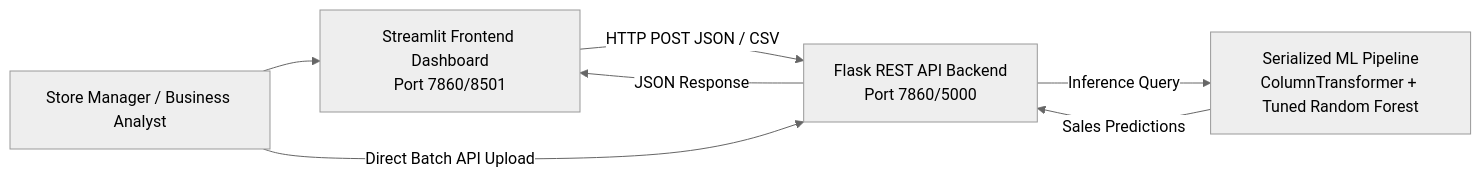
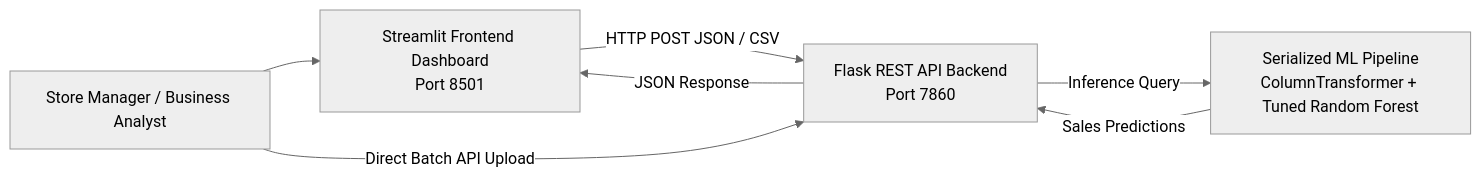
One commit to shivam777ie/SuperKart-Forecasting-Project changed the diagram in README.md. Above: the diagram before and after it, drawn with Mermaid (neutral theme). The commit also changed other lines of this file and 2 other files, not shown here.

````diff
--- a/README.md
+++ b/README.md
@@ -28,9 +104,9 @@
 ```mermaid
 graph LR
-    User[Store Manager / Business Analyst] --> Streamlit[Streamlit Frontend Dashboard<br>Port 7860/8501]
-    Streamlit -->|HTTP POST JSON / CSV| Flask[Flask REST API Backend<br>Port 7860/5000]
+    User[Store Manager / Business Analyst] --> Streamlit[Streamlit Frontend Dashboard<br>Port 8501]
+    Streamlit -->|HTTP POST JSON / CSV| Flask[Flask REST API Backend<br>Port 7860]
     Flask -->|Inference Query| Pipeline[Serialized ML Pipeline<br>ColumnTransformer + Tuned Random Forest]
     Pipeline -->|Sales Predictions| Flask
     Flask -->|JSON Response| Streamlit
     User -->|Direct Batch API Upload| Flask
 ```
````
